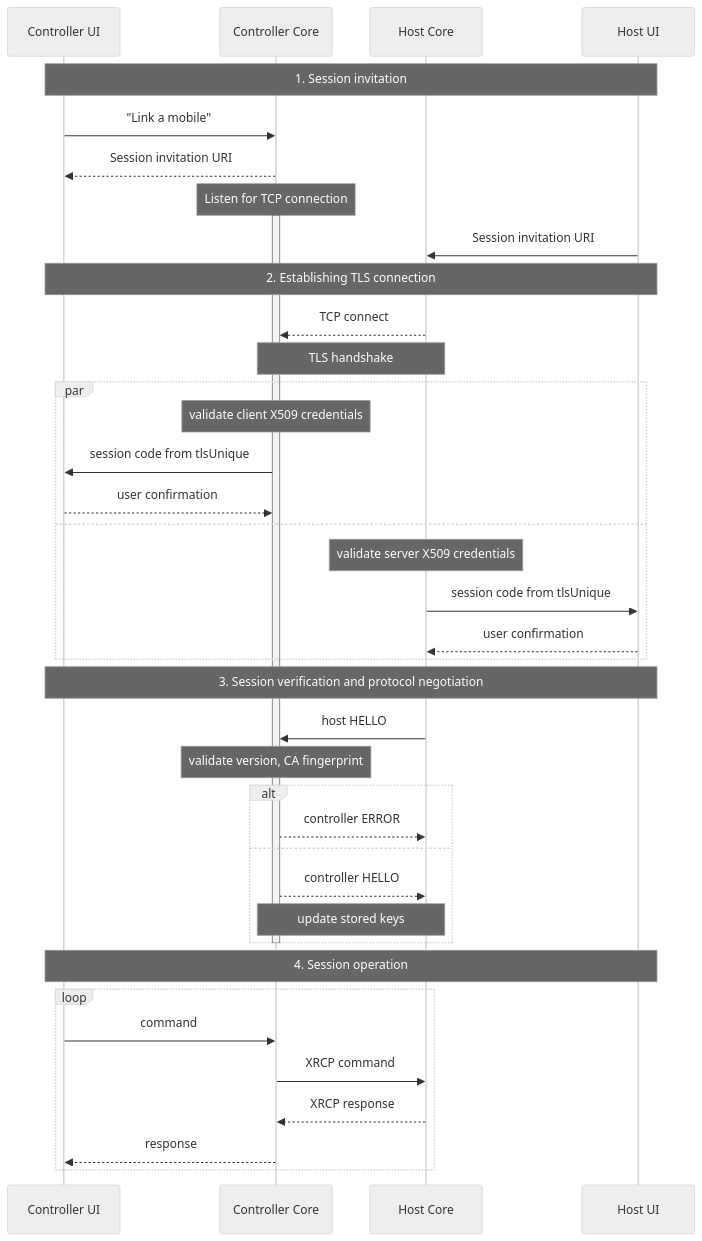
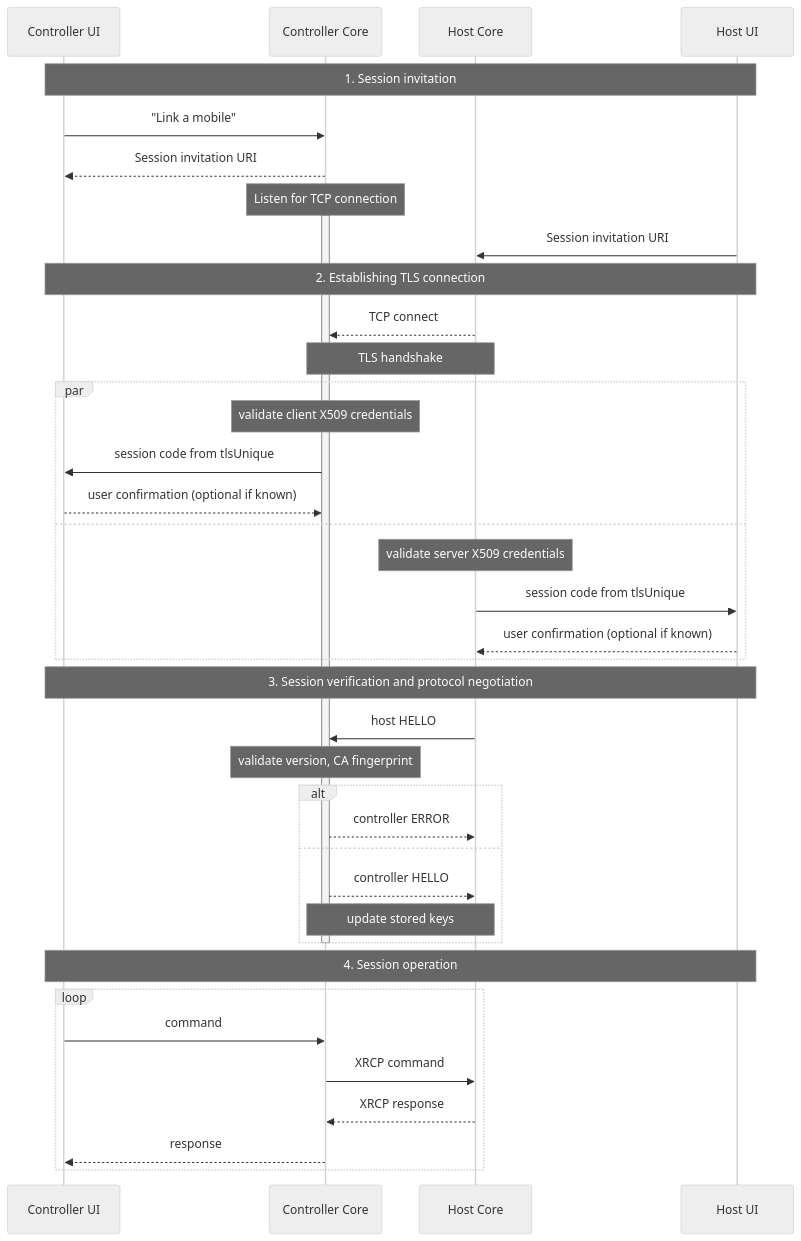
Before and after one commit to simplex-chat/simplexmq: the diagram in protocol/diagrams/xrcp/session.mmd, drawn with Mermaid (neutral theme). The commit also changed 2 other files, not shown here.

Commit message:
docs: update XRCP doc to make code verification optional for known connections

```diff
--- a/protocol/diagrams/xrcp/session.mmd
+++ b/protocol/diagrams/xrcp/session.mmd
@@ -1,44 +1,44 @@
 sequenceDiagram
   participant CI as Controller UI
   participant CC as Controller Core
   participant HC as Host Core
   participant HI as Host UI
 
 note over CI, HI: 1. Session invitation
 CI->>CC: "Link a mobile"
 CC-->>CI: Session invitation URI
 note over CC: Listen for TCP connection
 activate CC
 HI->>HC: Session invitation URI
 
 note over CI, HI: 2. Establishing TLS connection
 HC-->>CC: TCP connect
 note over CC, HC: TLS handshake
 par
     note over CC: validate client X509 credentials
     CC->>CI: session code from tlsUnique
-    CI-->>CC: user confirmation
+    CI-->>CC: user confirmation (optional if known)
 and
     note over HC: validate server X509 credentials
     HC->>HI: session code from tlsUnique
-    HI-->>HC: user confirmation
+    HI-->>HC: user confirmation (optional if known)
 end
 
 note over CI, HI: 3. Session verification and protocol negotiation
 HC->>CC: host HELLO
 note over CC: validate version, CA fingerprint
 alt
     CC-->>HC: controller ERROR
 else
     CC-->>HC: controller HELLO
     note over CC, HC: update stored keys
 end
 deactivate CC
 
 note over CI, HI: 4. Session operation
 loop
     CI->>CC: command
     CC->>HC: XRCP command
     HC-->>CC: XRCP response
     CC-->>CI: response
 end
```
